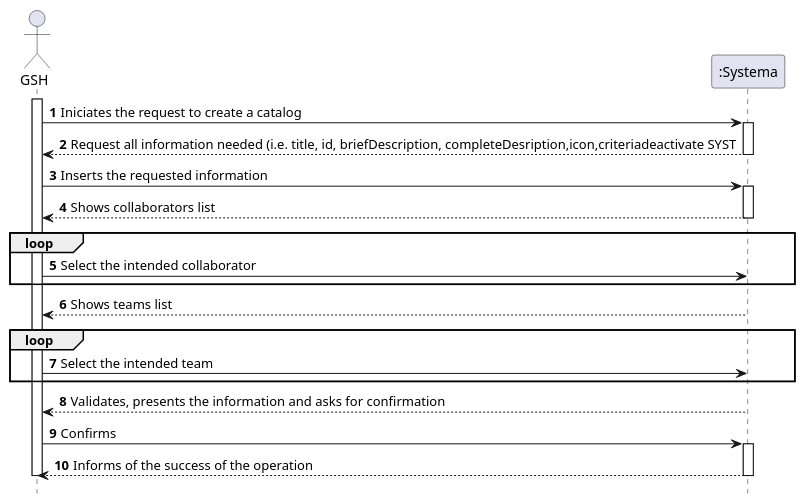
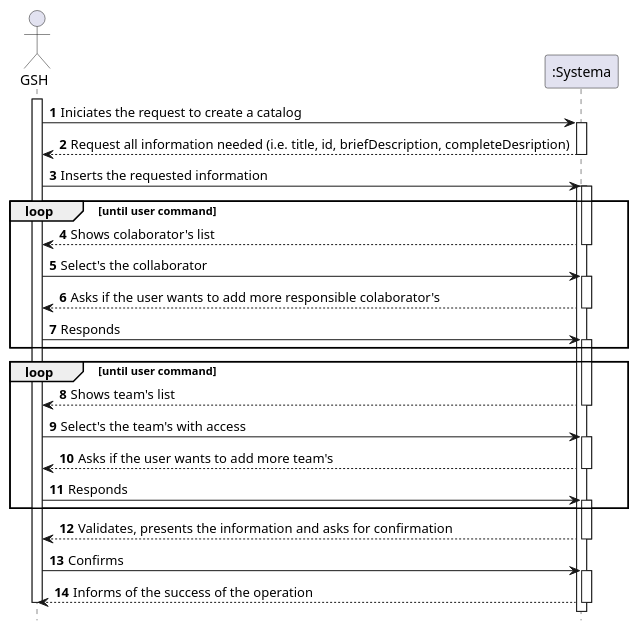
One commit to tiagoavcosta25/LAPR4 changed the diagram in doc/engenharia/SprintB/1190424/US-1-2001_CriarCatalogo/US-1-2001_SSD.puml. Above: the diagram before and after it, drawn with PlantUML. The commit also changed 1 other file, not shown here.

```diff
--- a/doc/engenharia/SprintB/1190424/US-1-2001_CriarCatalogo/US-1-2001_SSD.puml
+++ b/doc/engenharia/SprintB/1190424/US-1-2001_CriarCatalogo/US-1-2001_SSD.puml
@@ -1,40 +1,57 @@
 @startuml
 autonumber
 hide footbox
 
 actor "GSH" as GSH
 
 participant ":Systema" as SYST
 
 activate GSH
 
 GSH-> SYST : Iniciates the request to create a catalog
 activate SYST
-SYST --> GSH: Request all information needed (i.e. title, id, briefDescription, completeDesription,icon,criteriadeactivate SYST
+SYST --> GSH: Request all information needed (i.e. title, id, briefDescription, completeDesription)
 deactivate SYST
 GSH-> SYST : Inserts the requested information
 activate SYST
-SYST --> GSH: Shows collaborators list
-deactivate SYST
-loop
-GSH-> SYST : Select the intended collaborator
+
+activate SYST
+loop until user command
+    SYST --> GSH: Shows colaborator's list
+    deactivate SYST
+
+    GSH-> SYST : Select's the collaborator
+    activate SYST
+
+    SYST --> GSH: Asks if the user wants to add more responsible colaborator's
+    deactivate SYST
+
+    GSH-> SYST : Responds
+    activate SYST
 end
-activate SYST
-SYST --> GSH: Shows teams list
-deactivate SYST
-loop
-GSH-> SYST : Select the intended team
+loop until user command
+    SYST --> GSH: Shows team's list
+    deactivate SYST
+
+    GSH-> SYST : Select's the team's with access
+    activate SYST
+
+    SYST --> GSH: Asks if the user wants to add more team's
+    deactivate SYST
+
+    GSH-> SYST : Responds
+    activate SYST
 end
 
 
 SYST --> GSH: Validates, presents the information and asks for confirmation
 deactivate SYST
 
 GSH-> SYST : Confirms
 activate SYST
 SYST --> GSH: Informs of the success of the operation
 deactivate SYST
 
 deactivate GSH
 
 @enduml
```
